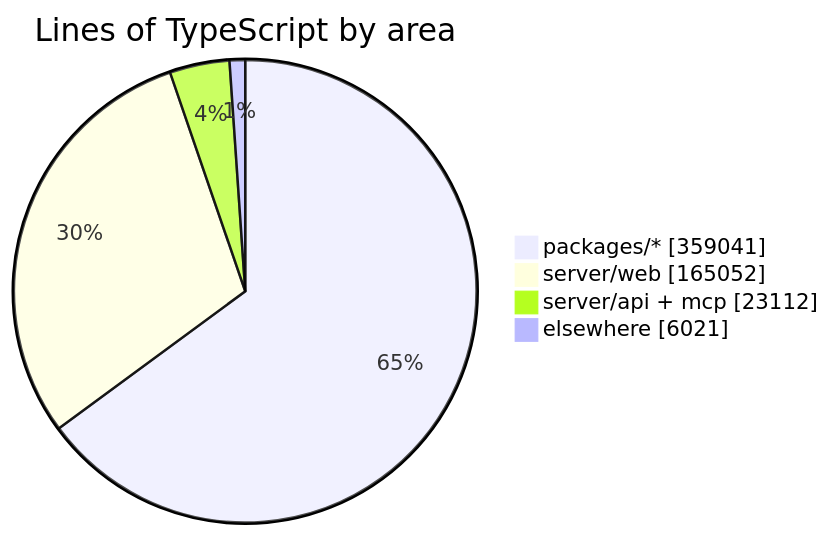
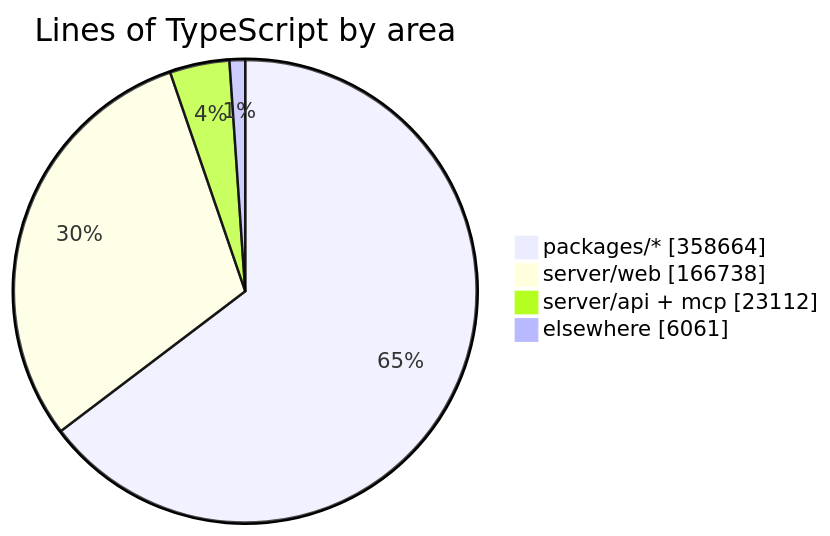
Before and after one commit to crossworks-engineering/mantle: the diagram in README.md, drawn with Mermaid. The commit also changed other lines of this file and 2 other files, not shown here.

````diff
--- a/README.md
+++ b/README.md
@@ -294,7 +294,7 @@
 ```mermaid
 pie showData title Lines of TypeScript by area
-    "packages/*" : 359041
-    "server/web" : 165052
+    "packages/*" : 358664
+    "server/web" : 166738
     "server/api + mcp" : 23112
-    "elsewhere" : 6021
+    "elsewhere" : 6061
 ```
````
